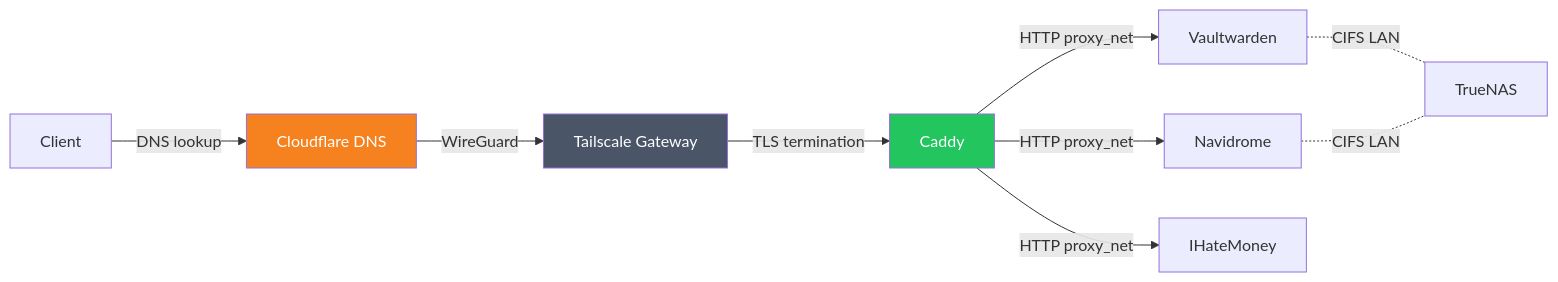
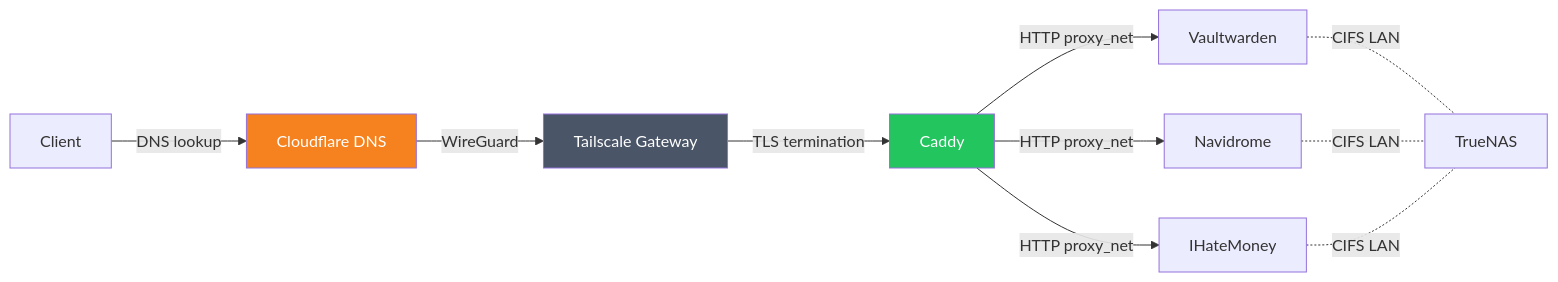
One commit to masolnada/homelab changed the second of 2 diagrams in README.md. Above: the diagram before and after it, drawn with Mermaid. The commit also changed other lines of this file and 2 other files, not shown here.

````diff
--- a/README.md
+++ b/README.md
@@ -36,15 +38,16 @@
 ```mermaid
 graph LR
     Client -->|DNS lookup| CF[Cloudflare DNS]
     CF -->|WireGuard| TS[Tailscale Gateway]
     TS -->|TLS termination| Caddy
     Caddy -->|HTTP proxy_net| Vaultwarden
     Caddy -->|HTTP proxy_net| Navidrome
     Caddy -->|HTTP proxy_net| IHateMoney
     Vaultwarden -.-|CIFS LAN| NAS[TrueNAS]
     Navidrome -.-|CIFS LAN| NAS
+    IHateMoney -.-|CIFS LAN| NAS
 
     style CF fill:#f6821f,color:#fff
     style TS fill:#4a5568,color:#fff
     style Caddy fill:#22c55e,color:#fff
 ```
````
